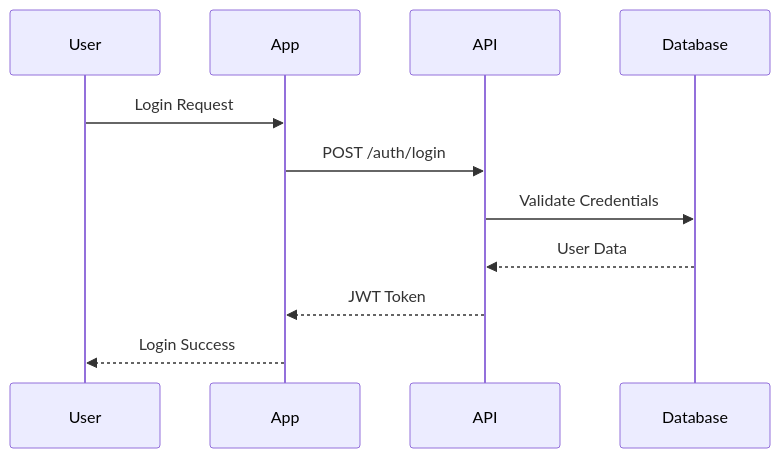
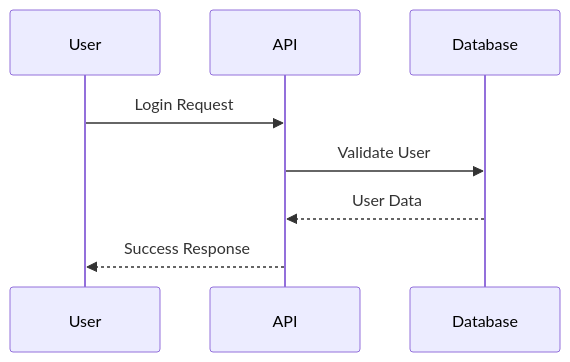
The second of 3 diagrams in components/mermaid.mdx (documentation-ai/DocumentationAI-Docs), drawn with Mermaid before and after one commit. The commit also changed other lines of this file, not shown here.

Commit message:
feat: add mermaid reference

````diff
--- a/components/mermaid.mdx
+++ b/components/mermaid.mdx
@@ -97,14 +48,11 @@
 ```mermaid
 sequenceDiagram
     participant User
-    participant App
     participant API
     participant Database
     
-    User->>App: Login Request
-    App->>API: POST /auth/login
-    API->>Database: Validate Credentials
+    User->>API: Login Request
+    API->>Database: Validate User
     Database-->>API: User Data
-    API-->>App: JWT Token
-    App-->>User: Login Success
+    API-->>User: Success Response
 ```
````
